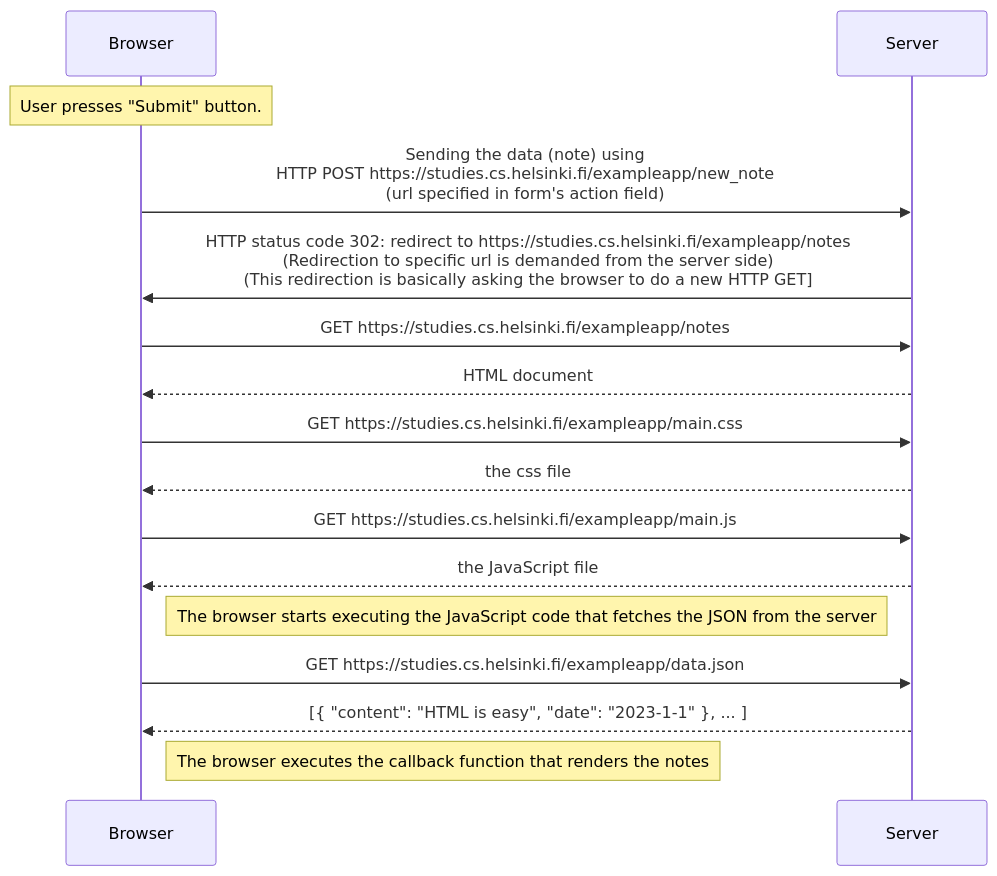
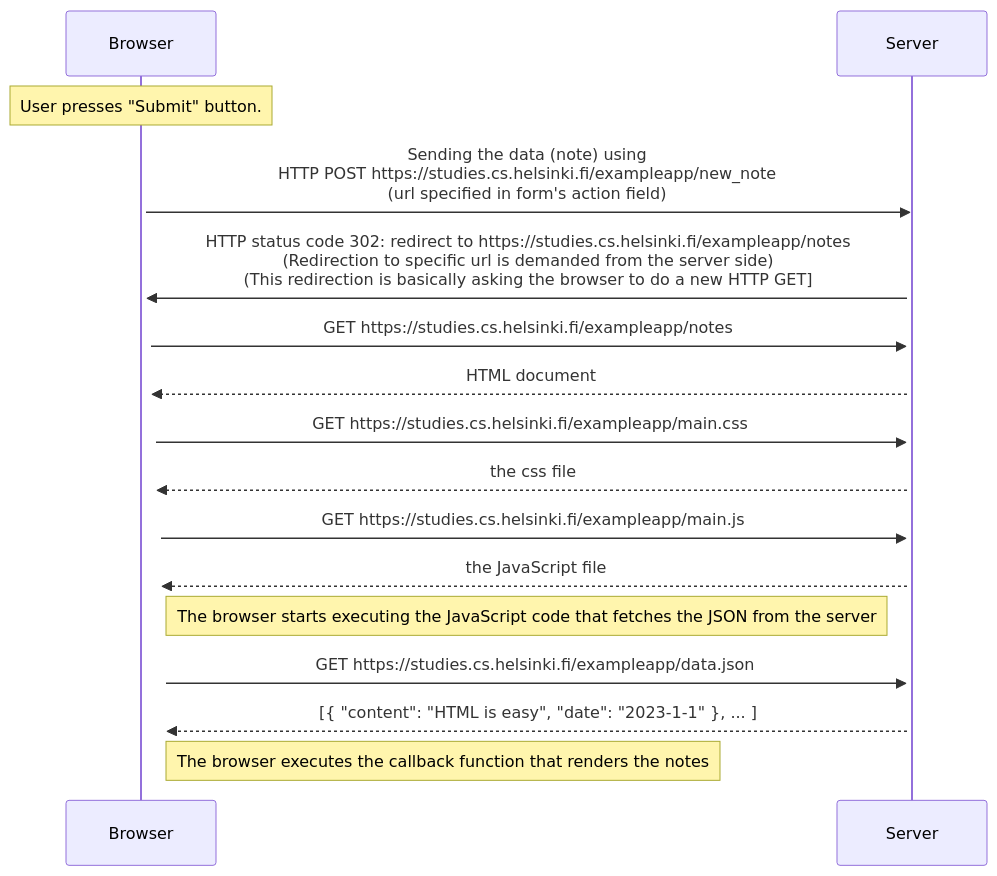
One commit to szmaragdynia/FullstackLearning changed the diagram in part0/excercise0-4.md. Above: the diagram before and after it, drawn with Mermaid.

Commit message:
refurbishing looks

````diff
--- a/part0/excercise0-4.md
+++ b/part0/excercise0-4.md
@@ -1,30 +1,40 @@
 ```mermaid
 
 
 
 sequenceDiagram
     participant b as Browser
     participant s as Server
     
     Note over b: User presses "Submit" button.
     
+    activate b
     b->>s: Sending the data (note) using <br/> HTTP POST https://studies.cs.helsinki.fi/exampleapp/new_note <br/> (url specified in form's action field) 
+    activate s
     s->>b: HTTP status code 302: redirect to https://studies.cs.helsinki.fi/exampleapp/notes <br/> (Redirection to specific url is demanded from the server side) <br/> (This redirection is basically asking the browser to do a new HTTP GET]
 
+    activate b
     b->>s: GET https://studies.cs.helsinki.fi/exampleapp/notes
+    activate s
     s-->>b: HTML document
     
+    activate b
     b->>s: GET https://studies.cs.helsinki.fi/exampleapp/main.css
+    activate s
     s-->>b: the css file
     
+    activate b
     b->>s: GET https://studies.cs.helsinki.fi/exampleapp/main.js
+    activate s
     s-->>b: the JavaScript file
     
     Note right of b: The browser starts executing the JavaScript code that fetches the JSON from the server
     
+    activate b
     b->>s: GET https://studies.cs.helsinki.fi/exampleapp/data.json
+    activate s
     s-->>b: [{ "content": "HTML is easy", "date": "2023-1-1" }, ... ]
 
     Note right of b: The browser executes the callback function that renders the notes
     
 ```
````
